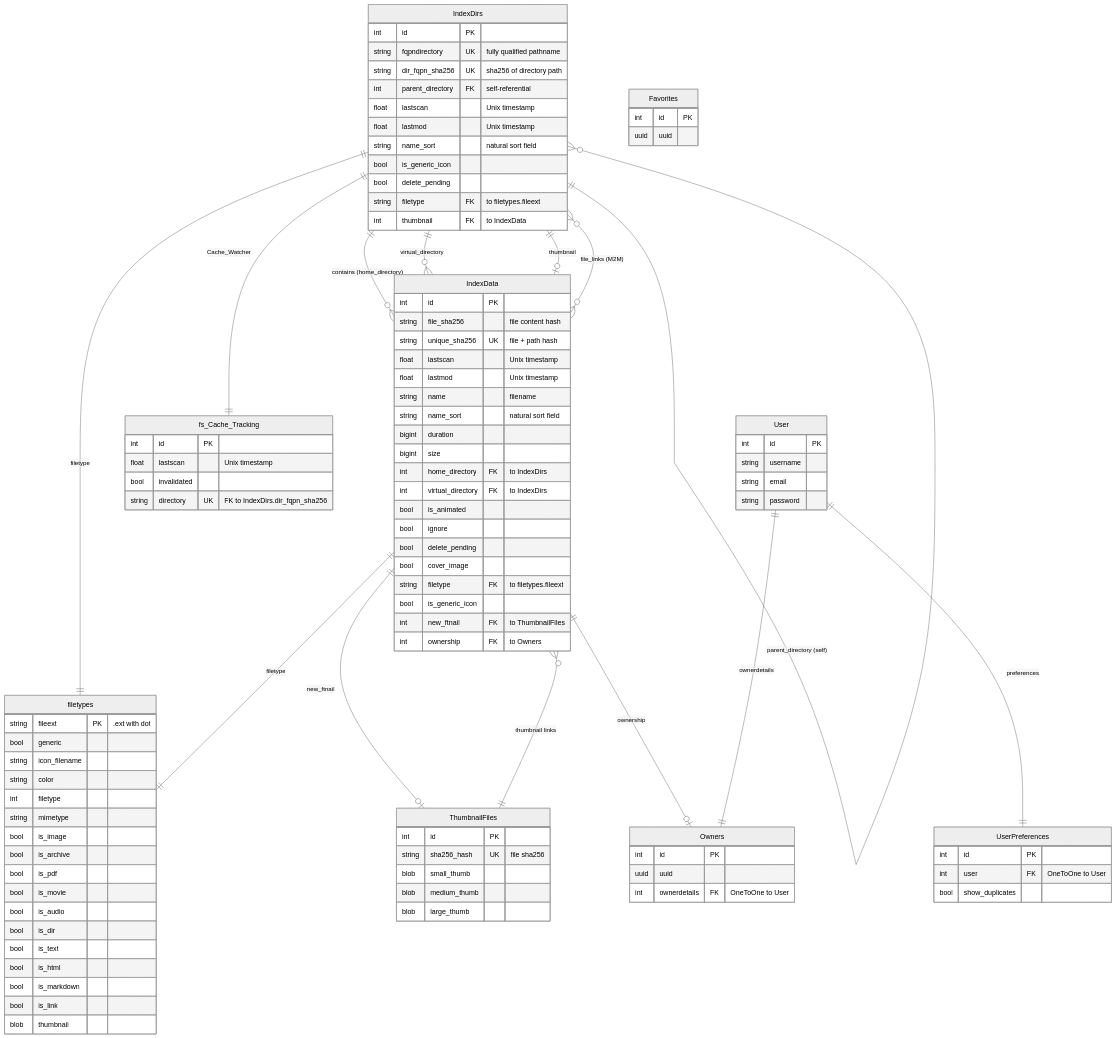
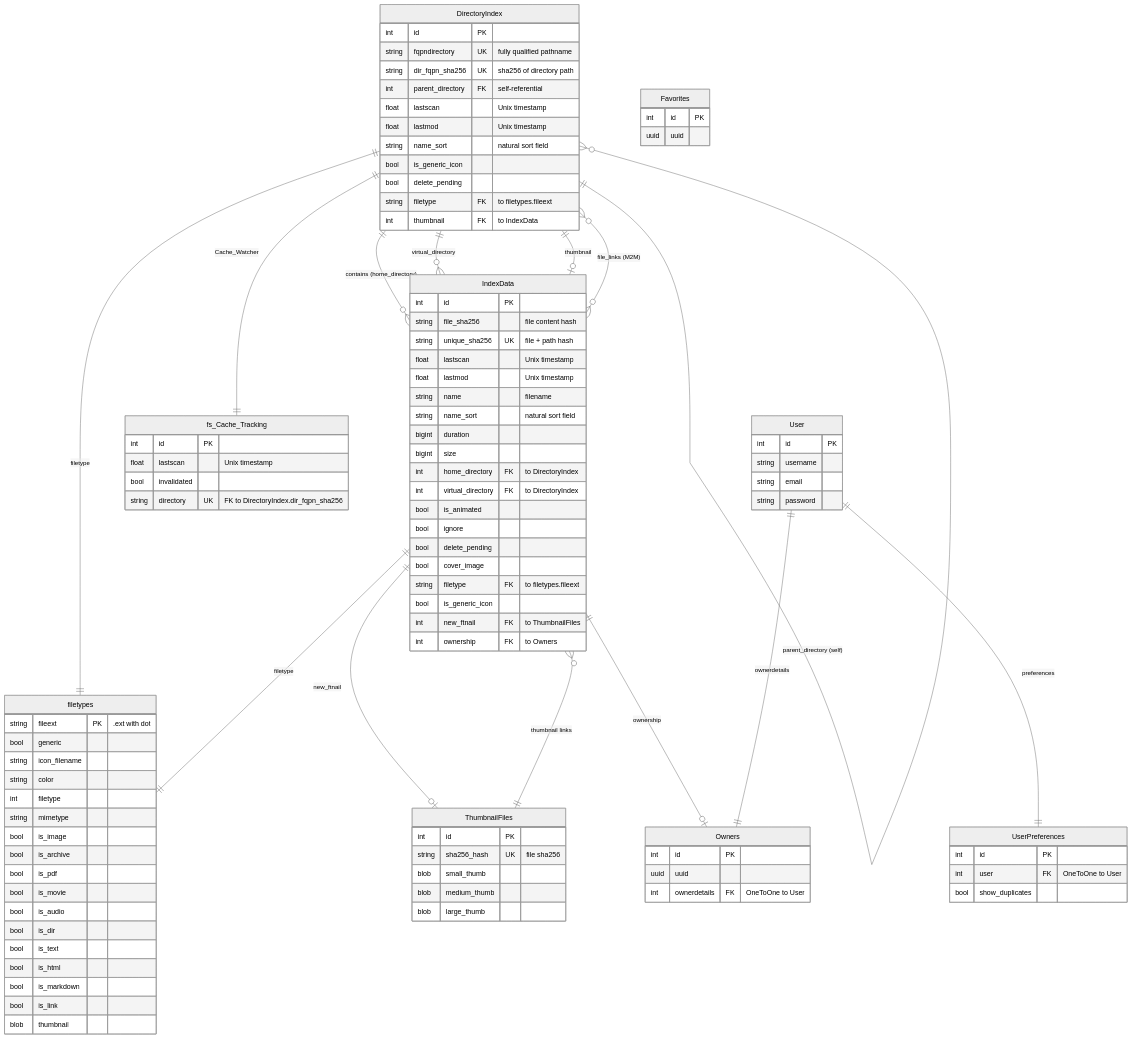
One commit to bschollnick/QuickBBS changed the diagram in docs/DATABASE_ERD.md. Above: the diagram before and after it, drawn with Mermaid (neutral theme). The commit also changed other lines of this file and 20 other files, not shown here.

Commit message:
Rename IndexDirs to DirectoryIndex to clarify it's use.  (Long overdue)

````diff
--- a/docs/DATABASE_ERD.md
+++ b/docs/DATABASE_ERD.md
@@ -5,12 +5,12 @@
 ```mermaid
 erDiagram
     %% Core Gallery Models
-    IndexDirs ||--o{ IndexData : "contains (home_directory)"
-    IndexDirs ||--o{ IndexData : "virtual_directory"
-    IndexDirs ||--o| IndexData : "thumbnail"
-    IndexDirs }o--o{ IndexData : "file_links (M2M)"
-    IndexDirs ||--o{ IndexDirs : "parent_directory (self)"
-    IndexDirs ||--|| filetypes : "filetype"
+    DirectoryIndex ||--o{ IndexData : "contains (home_directory)"
+    DirectoryIndex ||--o{ IndexData : "virtual_directory"
+    DirectoryIndex ||--o| IndexData : "thumbnail"
+    DirectoryIndex }o--o{ IndexData : "file_links (M2M)"
+    DirectoryIndex ||--o{ DirectoryIndex : "parent_directory (self)"
+    DirectoryIndex ||--|| filetypes : "filetype"
 
     %% File Models
     IndexData ||--|| filetypes : "filetype"
@@ -18,7 +18,7 @@
     IndexData ||--o| Owners : "ownership"
 
     %% Cache Tracking
-    IndexDirs ||--|| fs_Cache_Tracking : "Cache_Watcher"
+    DirectoryIndex ||--|| fs_Cache_Tracking : "Cache_Watcher"
 
     %% Thumbnail Storage
     ThumbnailFiles ||--o{ IndexData : "thumbnail links"
@@ -34,7 +34,7 @@
     }
 
     %% Core Directory Model
-    IndexDirs {
+    DirectoryIndex {
         int id PK
         string fqpndirectory UK "fully qualified pathname"
         string dir_fqpn_sha256 UK "sha256 of directory path"
@@ -59,8 +59,8 @@
         string name_sort "natural sort field"
         bigint duration
         bigint size
-        int home_directory FK "to IndexDirs"
-        int virtual_directory FK "to IndexDirs"
+        int home_directory FK "to DirectoryIndex"
+        int virtual_directory FK "to DirectoryIndex"
         bool is_animated
         bool ignore
         bool delete_pending
@@ -106,7 +106,7 @@
         int id PK
         float lastscan "Unix timestamp"
         bool invalidated
-        string directory UK "FK to IndexDirs.dir_fqpn_sha256"
+        string directory UK "FK to DirectoryIndex.dir_fqpn_sha256"
     }
 
     %% Ownership
````
